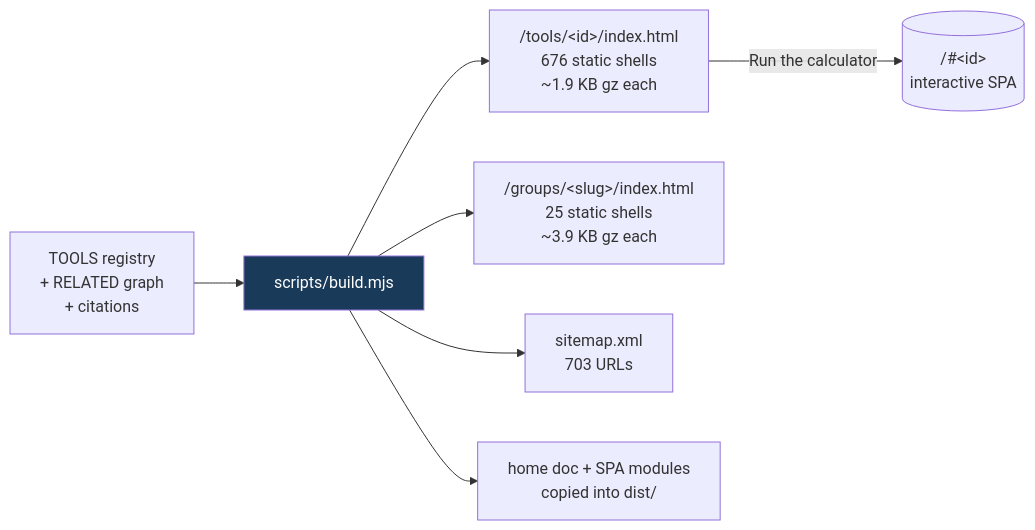
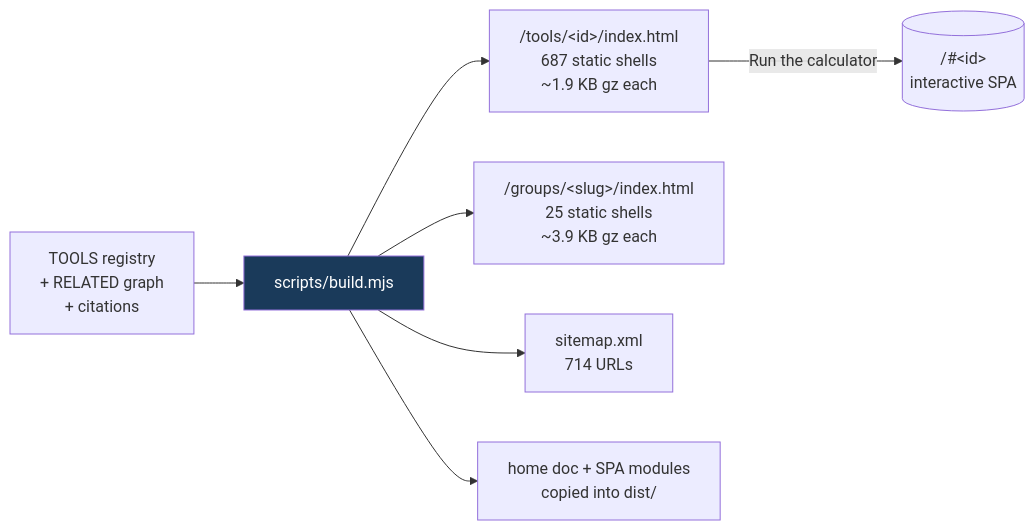
The fifth of 8 diagrams in README.md (clay-good/roughlogic.com), drawn with Mermaid before and after one commit. The commit also changed other lines of this file and 28 other files, not shown here.

````diff
--- a/README.md
+++ b/README.md
@@ -442,10 +444,10 @@
 ```mermaid
 flowchart LR
     SRC[TOOLS registry\n+ RELATED graph\n+ citations] --> BUILD[scripts/build.mjs]
-    BUILD --> TILE["/tools/&lt;id&gt;/index.html\n676 static shells\n~1.9 KB gz each"]
+    BUILD --> TILE["/tools/&lt;id&gt;/index.html\n687 static shells\n~1.9 KB gz each"]
     BUILD --> GROUP["/groups/&lt;slug&gt;/index.html\n25 static shells\n~3.9 KB gz each"]
-    BUILD --> MAP["sitemap.xml\n703 URLs"]
+    BUILD --> MAP["sitemap.xml\n714 URLs"]
     BUILD --> COPY[home doc + SPA modules\ncopied into dist/]
     TILE -->|Run the calculator| SPA[("/#&lt;id&gt;\ninteractive SPA")]
     style BUILD fill:#1a3a5a,color:#fff
 ```
````
